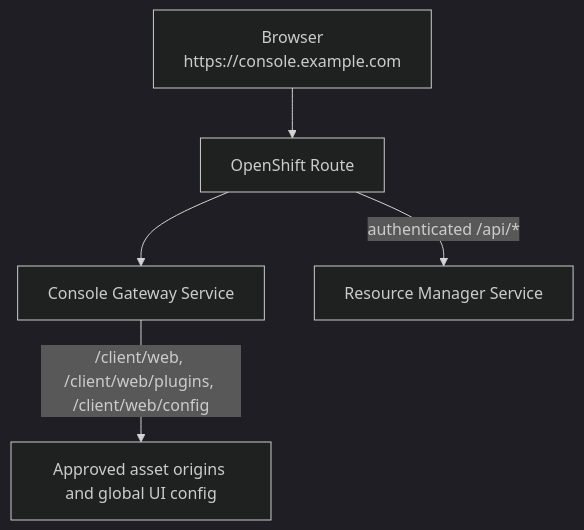
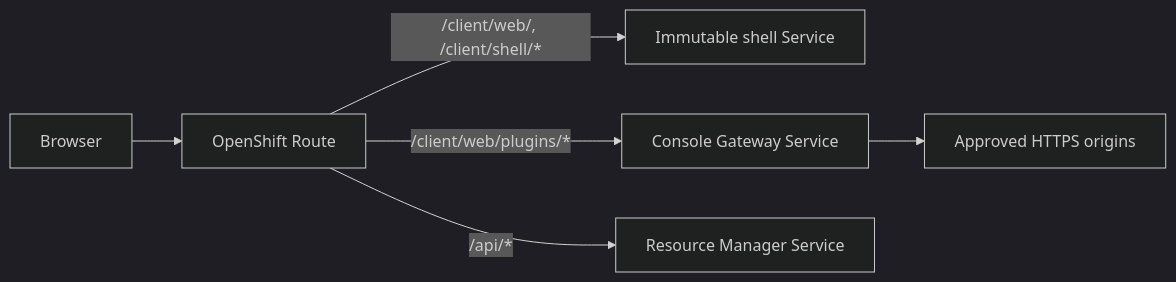
Before and after one commit to Hyperkid123/fleetshift-poc: the fourth of 4 diagrams in docs/design/client-asset-separation.md, drawn with Mermaid (dark theme). The commit also changed other lines of this file, not shown here.

Commit message:
docs: refine client asset separation design

````diff
--- a/docs/design/client-asset-separation.md
+++ b/docs/design/client-asset-separation.md
@@ -501,7 +243,8 @@
 ```mermaid
-flowchart TB
-    Browser[Browser<br/>https://console.example.com] --> Route[OpenShift Route]
-    Route --> Gateway[Console Gateway Service]
-    Route -->|authenticated /api/*| RM["Resource Manager Service"]
-    Gateway -->|/client/web, /client/web/plugins, /client/web/config| Origins["Approved asset origins and global UI config"]
+flowchart LR
+    Browser --> Route[OpenShift Route]
+    Route -->|/client/web/, /client/shell/*| Shell[Immutable shell Service]
+    Route -->|/client/web/plugins/*| Gateway[Console Gateway Service]
+    Route -->|/api/*| RM[Resource Manager Service]
+    Gateway --> Origins[Approved HTTPS origins]
 ```
````
